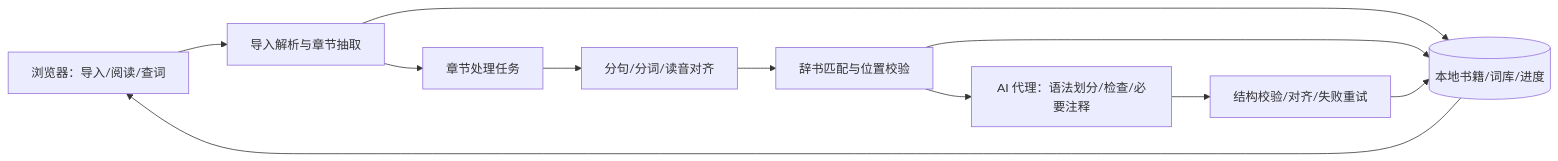
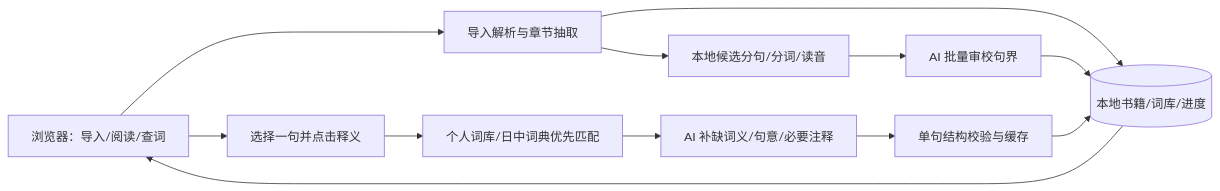
Before and after one commit to H0rR1p/IceReader: the diagram in 架构与技术栈建议.md, drawn with Mermaid. The commit also changed other lines of this file and 14 other files, not shown here.

````diff
--- a/架构与技术栈建议.md
+++ b/架构与技术栈建议.md
@@ -15,13 +15,14 @@
 ```mermaid
 flowchart LR
   U[浏览器：导入/阅读/查词] --> I[导入解析与章节抽取]
   I --> DB[(本地书籍/词库/进度)]
-  I --> P[章节处理任务]
-  P --> M[分句/分词/读音对齐]
-  M --> V[辞书匹配与位置校验]
-  V --> DB
-  V --> A[AI 代理：语法划分/检查/必要注释]
-  A --> Q[结构校验/对齐/失败重试]
+  I --> M[本地候选分句/分词/读音]
+  M --> S[AI 批量审校句界]
+  S --> DB
+  U --> E[选择一句并点击释义]
+  E --> V[个人词库/日中词典优先匹配]
+  V --> A[AI 补缺词义/句意/必要注释]
+  A --> Q[单句结构校验与缓存]
   Q --> DB
   DB --> U
 ```
````
